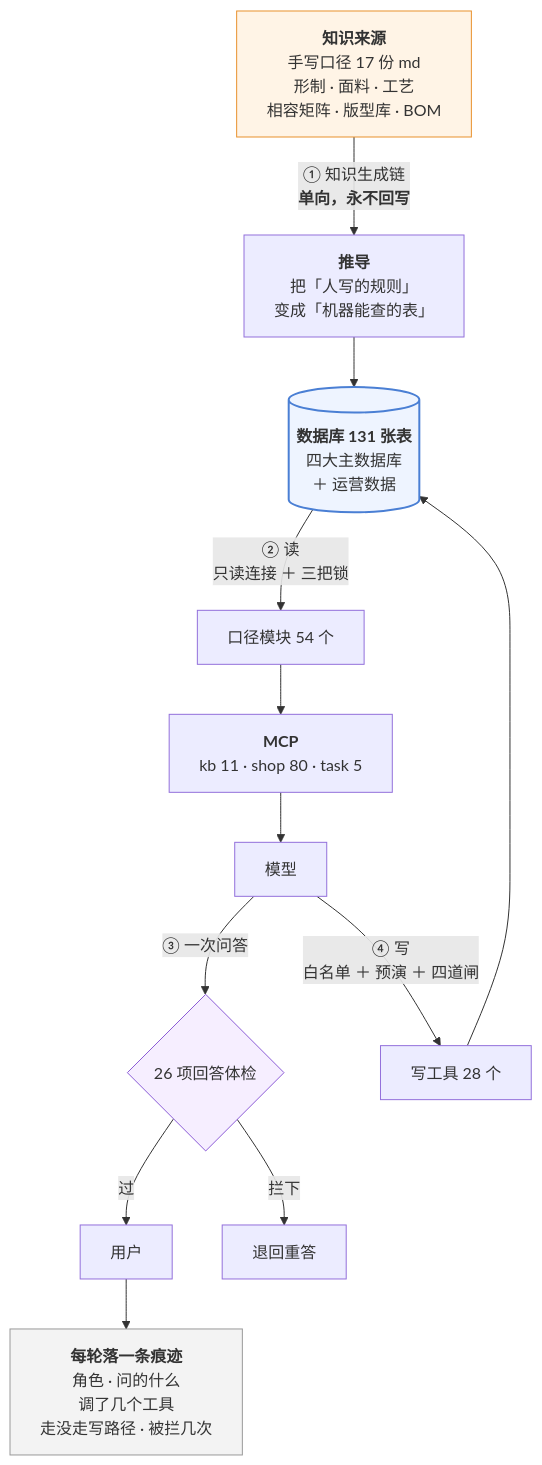
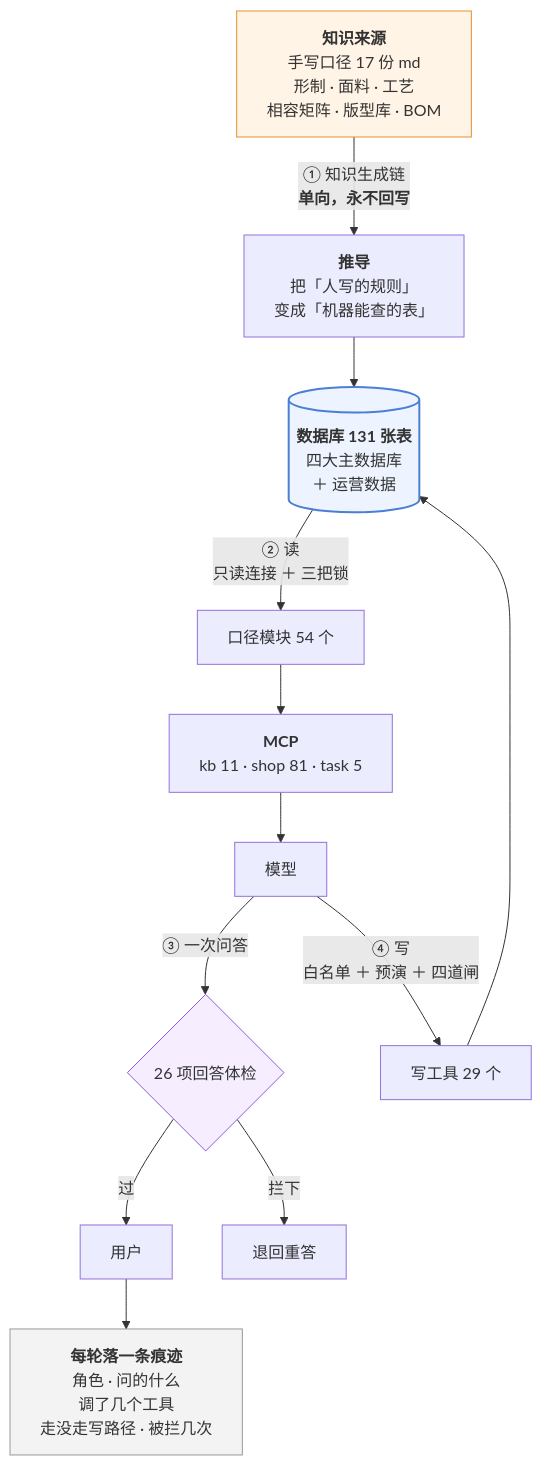
Before and after one commit to 843773296-rgb/lanxiu-yunshang-agent: the third of 3 diagrams in 澜绣云裳agent-产品说明.md, drawn with Mermaid. The commit also changed other lines of this file and 18 other files, not shown here.

````diff
--- a/澜绣云裳agent-产品说明.md
+++ b/澜绣云裳agent-产品说明.md
@@ -1041,24 +1042,24 @@
 ```mermaid
 flowchart TD
     MD["<b>知识来源</b><br/>手写口径 17 份 md<br/>形制 · 面料 · 工艺<br/>相容矩阵 · 版型库 · BOM"]
     MD -->|"① 知识生成链<br/><b>单向，永不回写</b>"| DV["<b>推导</b><br/>把「人写的规则」<br/>变成「机器能查的表」"]
     DV --> DB[("<b>数据库 131 张表</b><br/>四大主数据库<br/>＋ 运营数据")]
 
     DB -->|"② 读<br/>只读连接 ＋ 三把锁"| KJ["口径模块 54 个"]
-    KJ --> MCP["<b>MCP</b><br/>kb 11 · shop 80 · task 5"]
+    KJ --> MCP["<b>MCP</b><br/>kb 11 · shop 81 · task 5"]
     MCP --> LLM["模型"]
 
     LLM -->|"③ 一次问答"| GD{"26 项回答体检"}
     GD -- 过 --> U["用户"]
     GD -- 拦下 --> RE["退回重答"]
 
-    LLM -->|"④ 写<br/>白名单 ＋ 预演 ＋ 四道闸"| W["写工具 28 个"]
+    LLM -->|"④ 写<br/>白名单 ＋ 预演 ＋ 四道闸"| W["写工具 29 个"]
     W --> DB
 
     U --> TR["<b>每轮落一条痕迹</b><br/>角色 · 问的什么<br/>调了几个工具<br/>走没走写路径 · 被拦几次"]
 
     style MD fill:#fff4e6,stroke:#e8912d
     style DB fill:#eef4ff,stroke:#4a7fd4,stroke-width:2px
     style GD fill:#f6eeff,stroke:#8b5cd6
     style TR fill:#f3f3f3,stroke:#999
 ```
````
